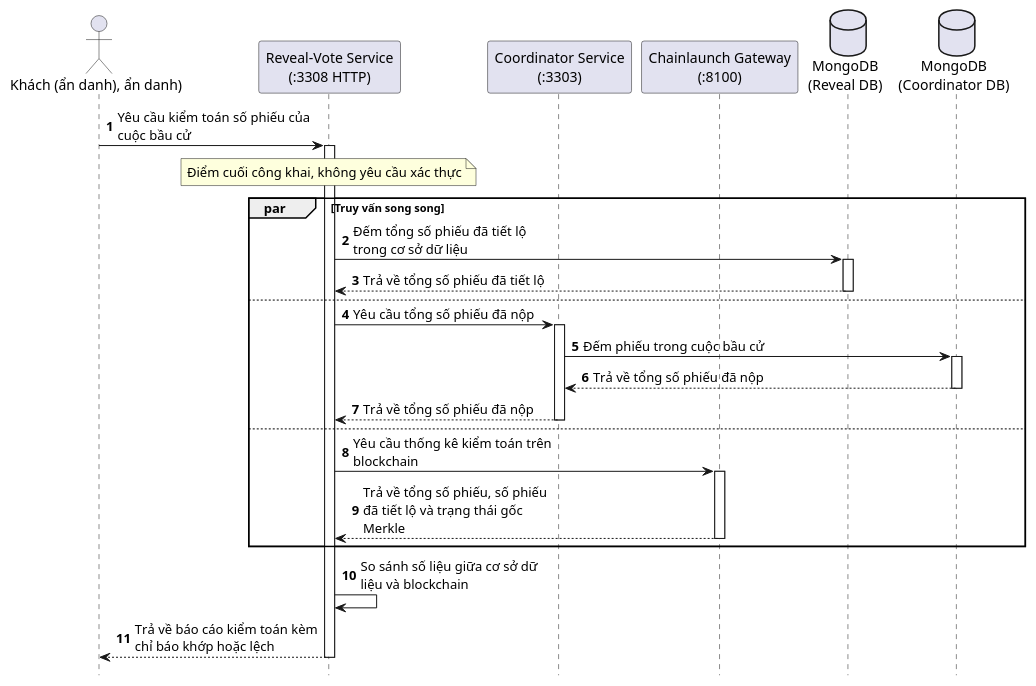
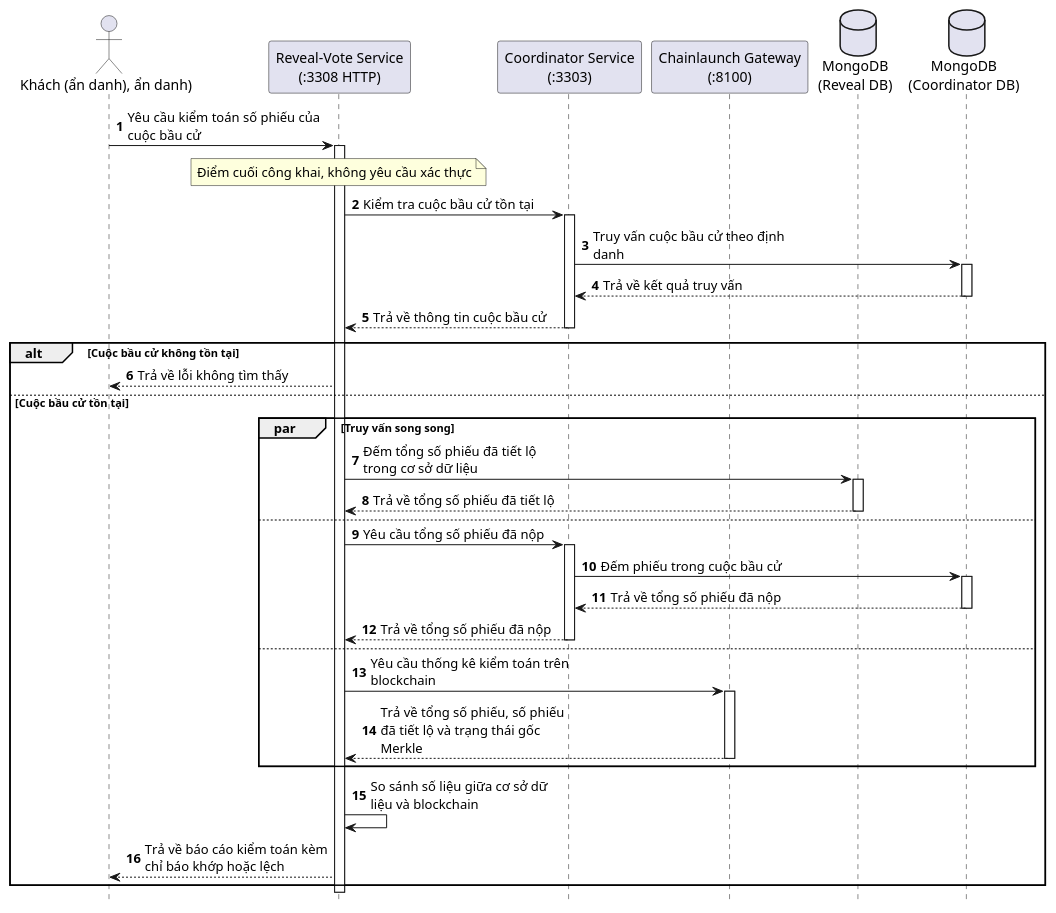
Before and after one commit to Tuienn/e-voting-latex: the diagram in PlantUML/Sequence/Kiem-toan-so-phieu.puml, drawn with PlantUML. The commit also changed 61 other files, not shown here.

```diff
--- a/PlantUML/Sequence/Kiem-toan-so-phieu.puml
+++ b/PlantUML/Sequence/Kiem-toan-so-phieu.puml
@@ -1,45 +1,59 @@
 @startuml KiemToanSoPhieu
 hide footbox
 autonumber
 skinparam maxMessageSize 200
 
 actor "Khách (ẩn danh), ẩn danh)" as Guest
 participant "Reveal-Vote Service\n(:3308 HTTP)" as Reveal
 participant "Coordinator Service\n(:3303)" as Coordinator
 participant "Chainlaunch Gateway\n(:8100)" as Fabric
 database "MongoDB\n(Reveal DB)" as ReDB
 database "MongoDB\n(Coordinator DB)" as CoDB
 
 Guest -> Reveal: Yêu cầu kiểm toán số phiếu của cuộc bầu cử
 activate Reveal
 
 note over Reveal
   Điểm cuối công khai, không yêu cầu xác thực
 end note
 
-par Truy vấn song song
-  Reveal -> ReDB: Đếm tổng số phiếu đã tiết lộ trong cơ sở dữ liệu
-  activate ReDB
-  ReDB --> Reveal: Trả về tổng số phiếu đã tiết lộ
-  deactivate ReDB
-else
-  Reveal -> Coordinator: Yêu cầu tổng số phiếu đã nộp
-  activate Coordinator
-  Coordinator -> CoDB: Đếm phiếu trong cuộc bầu cử
-  activate CoDB
-  CoDB --> Coordinator: Trả về tổng số phiếu đã nộp
-  deactivate CoDB
-  Coordinator --> Reveal: Trả về tổng số phiếu đã nộp
-  deactivate Coordinator
-else
-  Reveal -> Fabric: Yêu cầu thống kê kiểm toán trên blockchain
-  activate Fabric
-  Fabric --> Reveal: Trả về tổng số phiếu, số phiếu đã tiết lộ và trạng thái gốc Merkle
-  deactivate Fabric
+Reveal -> Coordinator: Kiểm tra cuộc bầu cử tồn tại
+activate Coordinator
+Coordinator -> CoDB: Truy vấn cuộc bầu cử theo định danh
+activate CoDB
+CoDB --> Coordinator: Trả về kết quả truy vấn
+deactivate CoDB
+Coordinator --> Reveal: Trả về thông tin cuộc bầu cử
+deactivate Coordinator
+
+alt Cuộc bầu cử không tồn tại
+  Reveal --> Guest: Trả về lỗi không tìm thấy
+else Cuộc bầu cử tồn tại
+  par Truy vấn song song
+    Reveal -> ReDB: Đếm tổng số phiếu đã tiết lộ trong cơ sở dữ liệu
+    activate ReDB
+    ReDB --> Reveal: Trả về tổng số phiếu đã tiết lộ
+    deactivate ReDB
+  else
+    Reveal -> Coordinator: Yêu cầu tổng số phiếu đã nộp
+    activate Coordinator
+    Coordinator -> CoDB: Đếm phiếu trong cuộc bầu cử
+    activate CoDB
+    CoDB --> Coordinator: Trả về tổng số phiếu đã nộp
+    deactivate CoDB
+    Coordinator --> Reveal: Trả về tổng số phiếu đã nộp
+    deactivate Coordinator
+  else
+    Reveal -> Fabric: Yêu cầu thống kê kiểm toán trên blockchain
+    activate Fabric
+    Fabric --> Reveal: Trả về tổng số phiếu, số phiếu đã tiết lộ và trạng thái gốc Merkle
+    deactivate Fabric
+  end
+
+  Reveal -> Reveal: So sánh số liệu giữa cơ sở dữ liệu và blockchain
+
+  Reveal --> Guest: Trả về báo cáo kiểm toán kèm chỉ báo khớp hoặc lệch
 end
 
-Reveal -> Reveal: So sánh số liệu giữa cơ sở dữ liệu và blockchain
-
-Reveal --> Guest: Trả về báo cáo kiểm toán kèm chỉ báo khớp hoặc lệch
 deactivate Reveal
 @enduml
```
